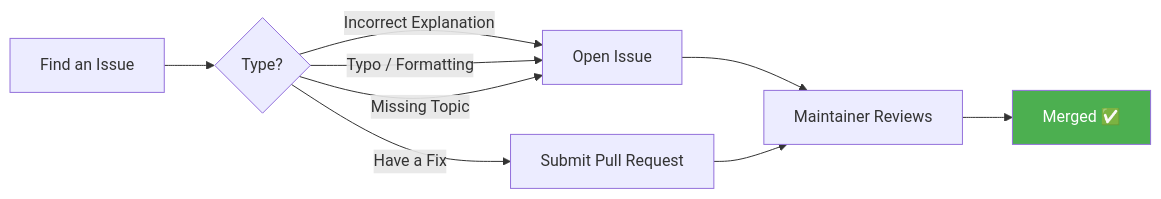
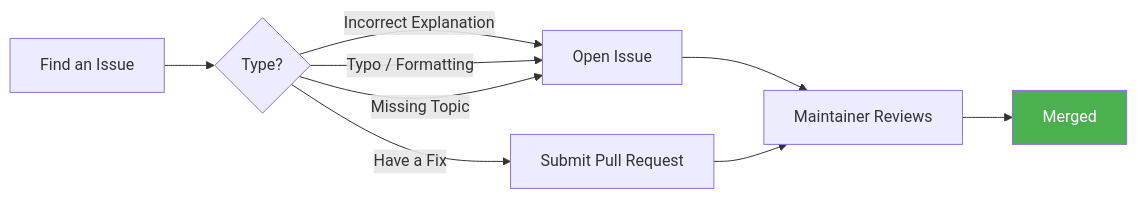
The third of 3 diagrams in README.md (mehrunnisaofficial/Computer-Organization-and-Architecture-), drawn with Mermaid before and after one commit. The commit also changed other lines of this file, not shown here.

````diff
--- a/README.md
+++ b/README.md
@@ -182,13 +161,13 @@
 ```mermaid
 flowchart LR
     A[Find an Issue] --> B{Type?}
     B -- Incorrect Explanation --> C[Open Issue]
     B -- Typo / Formatting --> C
     B -- Missing Topic --> C
     B -- Have a Fix --> D[Submit Pull Request]
     C --> E[Maintainer Reviews]
     D --> E
-    E --> F[Merged ✅]
+    E --> F[Merged]
 
     style F fill:#4caf50,color:#fff
 ```
````
